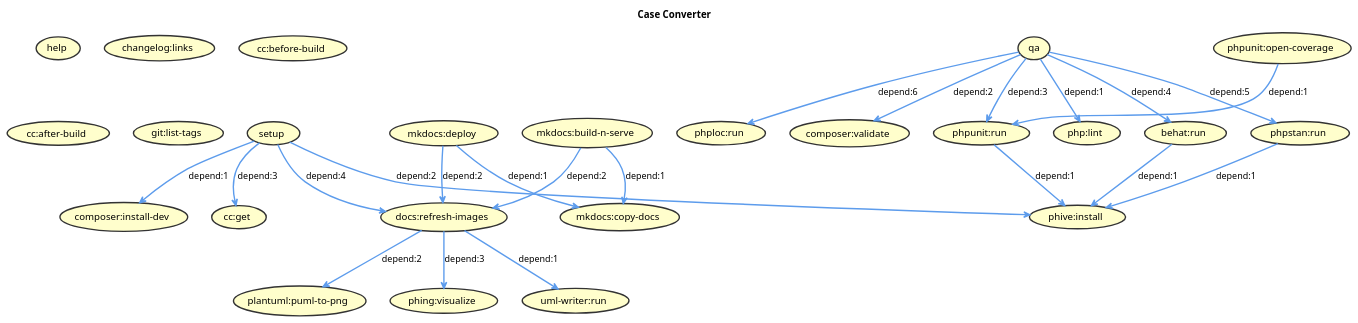
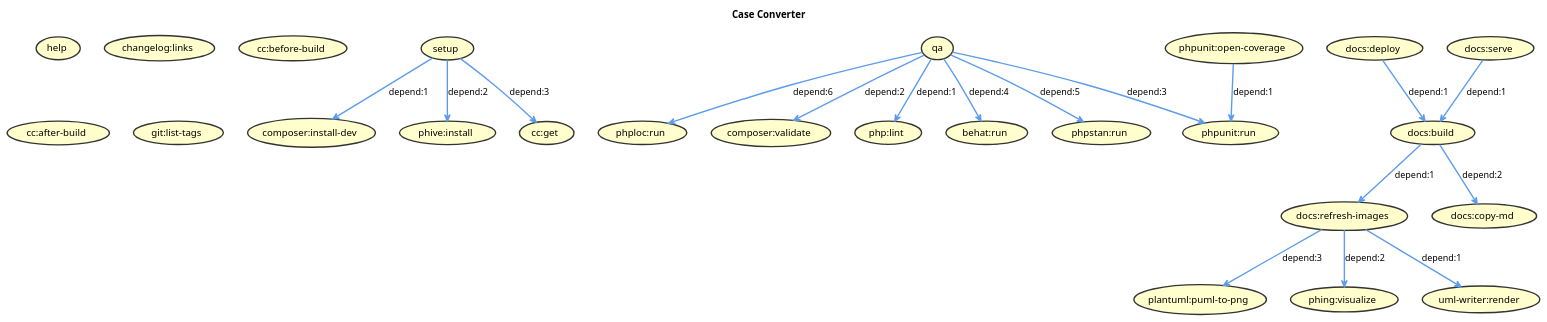
The diagram in docs/images/build.puml (jawira/case-converter), drawn with PlantUML before and after one commit. The commit also changed 2 other files, not shown here.

Commit message:
Refactoring Phing's targets

```diff
--- a/docs/images/build.puml
+++ b/docs/images/build.puml
@@ -1,59 +1,56 @@
 @startuml
 
 title Case Converter
 skinparam ArrowFontColor Black
 skinparam ArrowThickness 2
 skinparam UseCaseBackgroundColor #FFFECC
 skinparam UseCaseBorderColor #333333
 skinparam UseCaseBorderThickness 2
 skinparam UseCaseFontColor Black
 
 (help)
 (setup)
 (qa)
 (docs:refresh-images)
 (phploc:run)
 (composer:validate)
 (composer:install-dev)
 (phpunit:run)
 (phpunit:open-coverage)
 (php:lint)
 (behat:run)
 (phpstan:run)
 (phive:install)
 (changelog:links)
 (cc:get)
 (cc:before-build)
 (cc:after-build)
 (plantuml:puml-to-png)
 (git:list-tags)
 (phing:visualize)
-(uml-writer:run)
-(mkdocs:deploy)
-(mkdocs:build-n-serve)
-(mkdocs:copy-docs)
+(uml-writer:render)
+(docs:deploy)
+(docs:serve)
+(docs:build)
+(docs:copy-md)
 
 
 (setup) -[#5D9CEC]-> (composer:install-dev) : depend:1
 (setup) -[#5D9CEC]-> (phive:install) : depend:2
 (setup) -[#5D9CEC]-> (cc:get) : depend:3
-(setup) -[#5D9CEC]-> (docs:refresh-images) : depend:4
 (qa) -[#5D9CEC]-> (php:lint) : depend:1
 (qa) -[#5D9CEC]-> (composer:validate) : depend:2
 (qa) -[#5D9CEC]-> (phpunit:run) : depend:3
 (qa) -[#5D9CEC]-> (behat:run) : depend:4
 (qa) -[#5D9CEC]-> (phpstan:run) : depend:5
 (qa) -[#5D9CEC]-> (phploc:run) : depend:6
-(docs:refresh-images) -[#5D9CEC]-> (uml-writer:run) : depend:1
-(docs:refresh-images) -[#5D9CEC]-> (plantuml:puml-to-png) : depend:2
-(docs:refresh-images) -[#5D9CEC]-> (phing:visualize) : depend:3
-(phpunit:run) -[#5D9CEC]-> (phive:install) : depend:1
+(docs:refresh-images) -[#5D9CEC]-> (uml-writer:render) : depend:1
+(docs:refresh-images) -[#5D9CEC]-> (phing:visualize) : depend:2
+(docs:refresh-images) -[#5D9CEC]-> (plantuml:puml-to-png) : depend:3
 (phpunit:open-coverage) -[#5D9CEC]-> (phpunit:run) : depend:1
-(behat:run) -[#5D9CEC]-> (phive:install) : depend:1
-(phpstan:run) -[#5D9CEC]-> (phive:install) : depend:1
-(mkdocs:deploy) -[#5D9CEC]-> (mkdocs:copy-docs) : depend:1
-(mkdocs:deploy) -[#5D9CEC]-> (docs:refresh-images) : depend:2
-(mkdocs:build-n-serve) -[#5D9CEC]-> (mkdocs:copy-docs) : depend:1
-(mkdocs:build-n-serve) -[#5D9CEC]-> (docs:refresh-images) : depend:2
+(docs:deploy) -[#5D9CEC]-> (docs:build) : depend:1
+(docs:serve) -[#5D9CEC]-> (docs:build) : depend:1
+(docs:build) -[#5D9CEC]-> (docs:refresh-images) : depend:1
+(docs:build) -[#5D9CEC]-> (docs:copy-md) : depend:2
 
 @enduml
```
